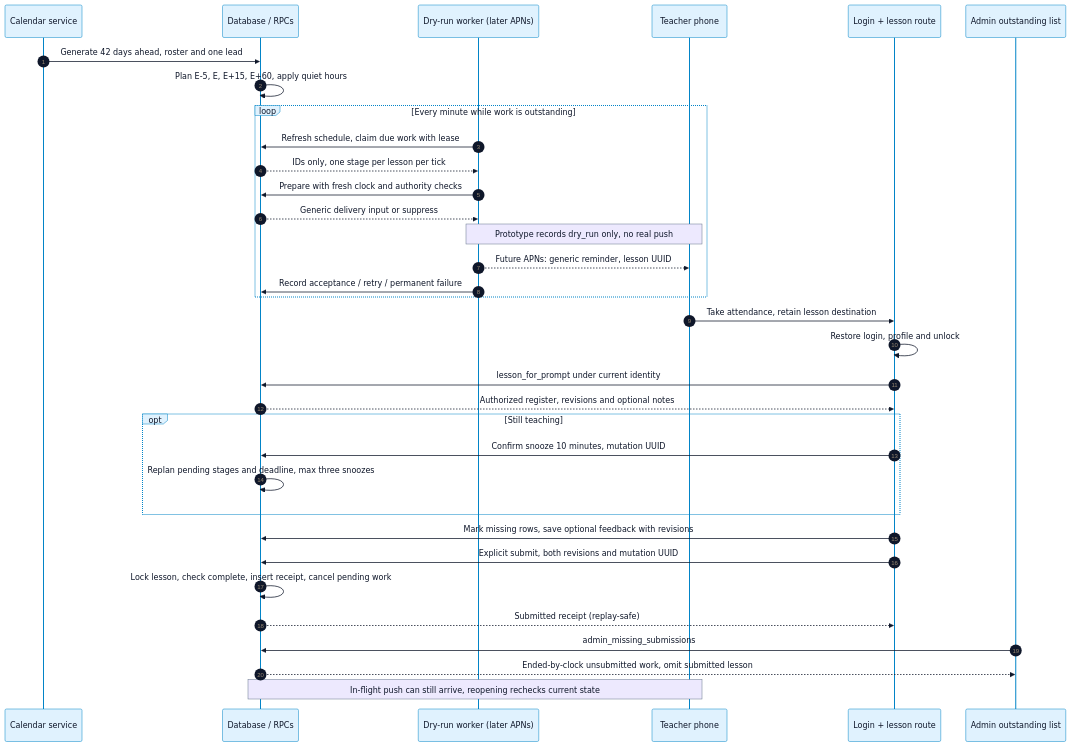
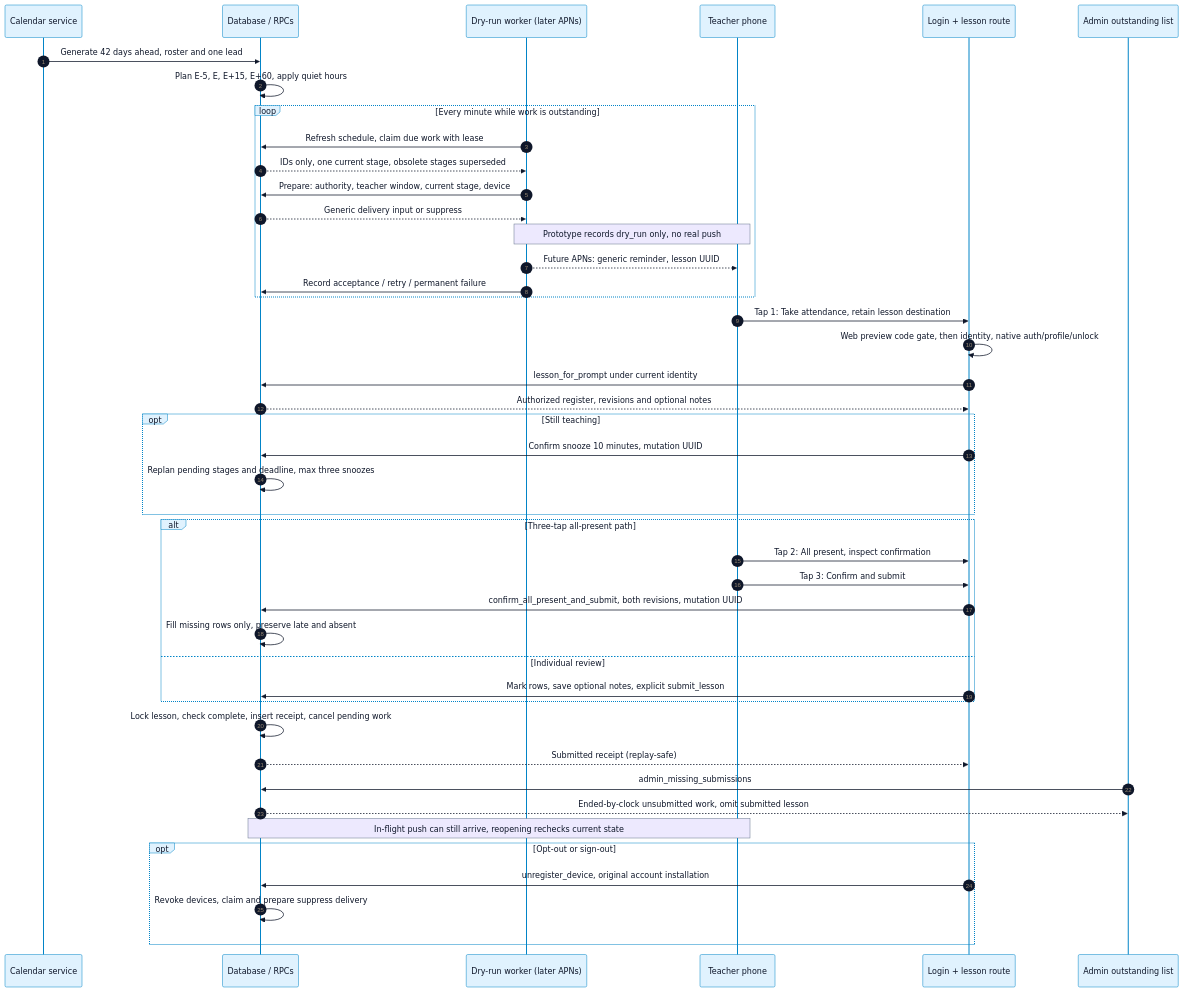
Before and after one commit to thegoodcompany-sst/TAVAttendance: the diagram in docs/teacher-prompts/diagrams/lesson-lifecycle-sequence.mmd, drawn with Mermaid. The commit also changed 77 other files, not shown here.

Commit message:
Teacher prompts: fix review findings (ACL hardening, calendar edge cases, coalesced recovery, 3-tap all-present submit, device unregister, preview guard), refresh docs/diagrams/strings, natural demo timing

```diff
--- a/docs/teacher-prompts/diagrams/lesson-lifecycle-sequence.mmd
+++ b/docs/teacher-prompts/diagrams/lesson-lifecycle-sequence.mmd
@@ -1,35 +1,45 @@
 %%{init: {"theme":"base","themeVariables":{"primaryColor":"#e0f2fe","primaryTextColor":"#0f172a","primaryBorderColor":"#0284c7","lineColor":"#64748b","secondaryColor":"#ccfbf1","tertiaryColor":"#ede9fe","noteBkgColor":"#ede9fe","noteBorderColor":"#64748b","noteTextColor":"#0f172a","background":"#ffffff","fontFamily":"Arial","fontSize":"16px"}}}%%
 sequenceDiagram
     autonumber
     participant Calendar as Calendar service
     participant DB as Database / RPCs
     participant Worker as Dry-run worker (later APNs)
     participant Phone as Teacher phone
     participant Route as Login + lesson route
     participant Admin as Admin outstanding list
     Calendar->>DB: Generate 42 days ahead, roster and one lead
     DB->>DB: Plan E-5, E, E+15, E+60, apply quiet hours
     loop Every minute while work is outstanding
         Worker->>DB: Refresh schedule, claim due work with lease
-        DB-->>Worker: IDs only, one stage per lesson per tick
-        Worker->>DB: Prepare with fresh clock and authority checks
+        DB-->>Worker: IDs only, one current stage, obsolete stages superseded
+        Worker->>DB: Prepare: authority, teacher window, current stage, device
         DB-->>Worker: Generic delivery input or suppress
         Note over Worker,Phone: Prototype records dry_run only, no real push
         Worker-->>Phone: Future APNs: generic reminder, lesson UUID
         Worker->>DB: Record acceptance / retry / permanent failure
     end
-    Phone->>Route: Take attendance, retain lesson destination
-    Route->>Route: Restore login, profile and unlock
+    Phone->>Route: Tap 1: Take attendance, retain lesson destination
+    Route->>Route: Web preview code gate, then identity, native auth/profile/unlock
     Route->>DB: lesson_for_prompt under current identity
     DB-->>Route: Authorized register, revisions and optional notes
     opt Still teaching
         Route->>DB: Confirm snooze 10 minutes, mutation UUID
         DB->>DB: Replan pending stages and deadline, max three snoozes
     end
-    Route->>DB: Mark missing rows, save optional feedback with revisions
-    Route->>DB: Explicit submit, both revisions and mutation UUID
+    alt Three-tap all-present path
+        Phone->>Route: Tap 2: All present, inspect confirmation
+        Phone->>Route: Tap 3: Confirm and submit
+        Route->>DB: confirm_all_present_and_submit, both revisions, mutation UUID
+        DB->>DB: Fill missing rows only, preserve late and absent
+    else Individual review
+        Route->>DB: Mark rows, save optional notes, explicit submit_lesson
+    end
     DB->>DB: Lock lesson, check complete, insert receipt, cancel pending work
     DB-->>Route: Submitted receipt (replay-safe)
     Admin->>DB: admin_missing_submissions
     DB-->>Admin: Ended-by-clock unsubmitted work, omit submitted lesson
     Note over DB,Phone: In-flight push can still arrive, reopening rechecks current state
+    opt Opt-out or sign-out
+        Route->>DB: unregister_device, original account installation
+        DB->>DB: Revoke devices, claim and prepare suppress delivery
+    end
```
